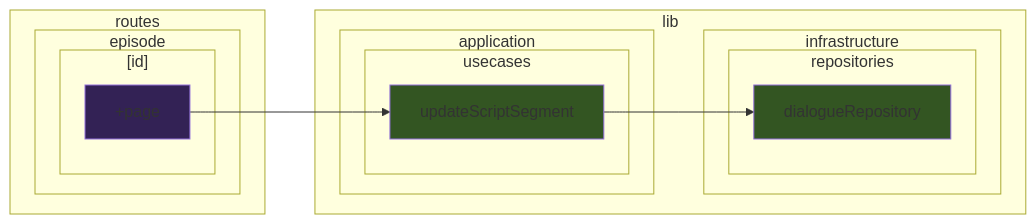
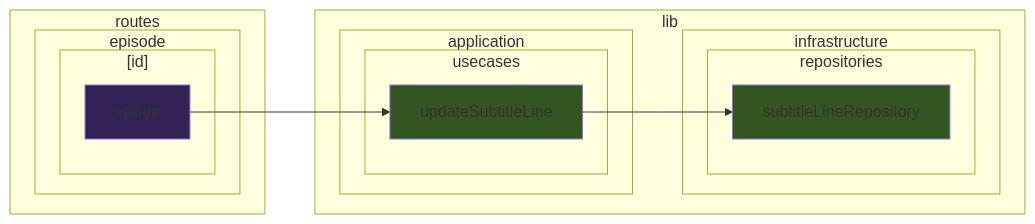
Before and after one commit to k5n/kotonoha: diagram 38 of 39 in doc/dependency-graph.md, drawn with Mermaid. The commit also changed other lines of this file, not shown here.

````diff
--- a/doc/dependency-graph.md
+++ b/doc/dependency-graph.md
@@ -1874,30 +1874,30 @@
 ```mermaid
 graph LR
     classDef cssSvelteComponent fill:#325;
     classDef cssSvelteScript fill:#535;
     classDef cssTypeScript fill:#352;
         subgraph sg_lib ["lib"]
             subgraph sg_lib_application ["application"]
                 subgraph sg_lib_application_usecases ["usecases"]
-                    src_lib_application_usecases_updateScriptSegment_ts["updateScriptSegment"]
+                    src_lib_application_usecases_updateSubtitleLine_ts["updateSubtitleLine"]
                 end
             end
             subgraph sg_lib_infrastructure ["infrastructure"]
                 subgraph sg_lib_infrastructure_repositories ["repositories"]
-                    src_lib_infrastructure_repositories_dialogueRepository_ts["dialogueRepository"]
+                    src_lib_infrastructure_repositories_subtitleLineRepository_ts["subtitleLineRepository"]
                 end
             end
         end
         subgraph sg_routes ["routes"]
             subgraph sg_routes_episode ["episode"]
                 subgraph sg_routes_episode__id_ ["[id]"]
                     src_routes_episode__id___page_svelte["+page"]
                 end
             end
         end
-    src_lib_application_usecases_updateScriptSegment_ts --> src_lib_infrastructure_repositories_dialogueRepository_ts
-    src_routes_episode__id___page_svelte --> src_lib_application_usecases_updateScriptSegment_ts
-    class src_lib_application_usecases_updateScriptSegment_ts cssTypeScript
-    class src_lib_infrastructure_repositories_dialogueRepository_ts cssTypeScript
+    src_lib_application_usecases_updateSubtitleLine_ts --> src_lib_infrastructure_repositories_subtitleLineRepository_ts
+    src_routes_episode__id___page_svelte --> src_lib_application_usecases_updateSubtitleLine_ts
+    class src_lib_application_usecases_updateSubtitleLine_ts cssTypeScript
+    class src_lib_infrastructure_repositories_subtitleLineRepository_ts cssTypeScript
     class src_routes_episode__id___page_svelte cssSvelteComponent
 ```
````
